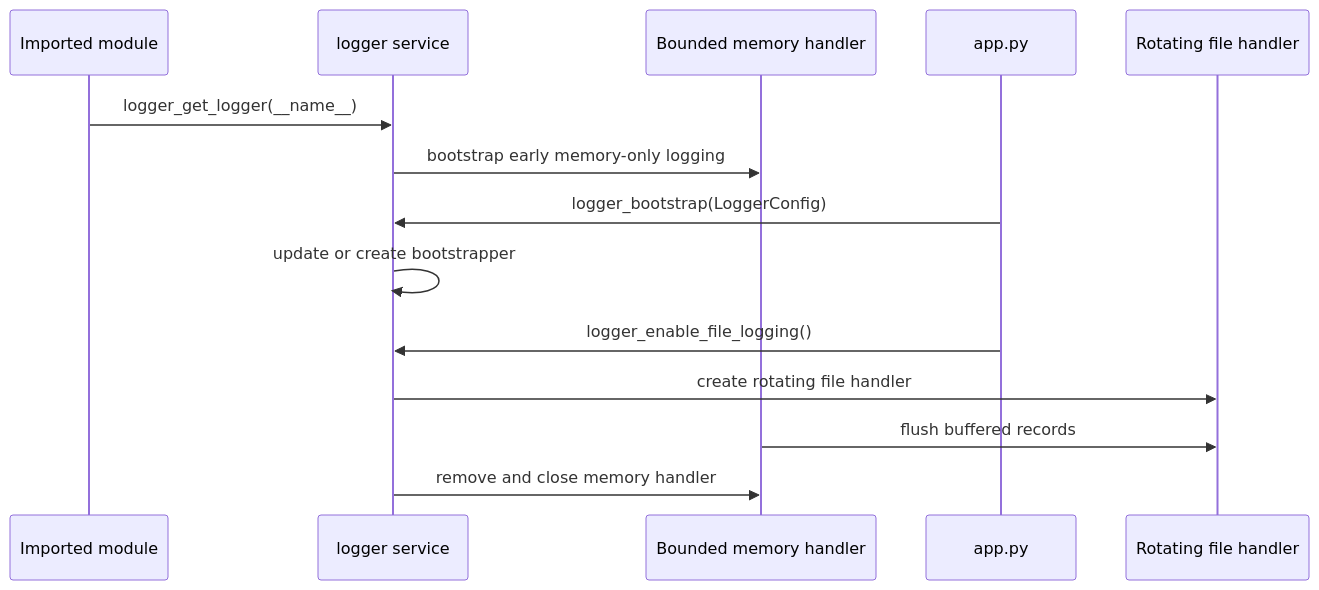
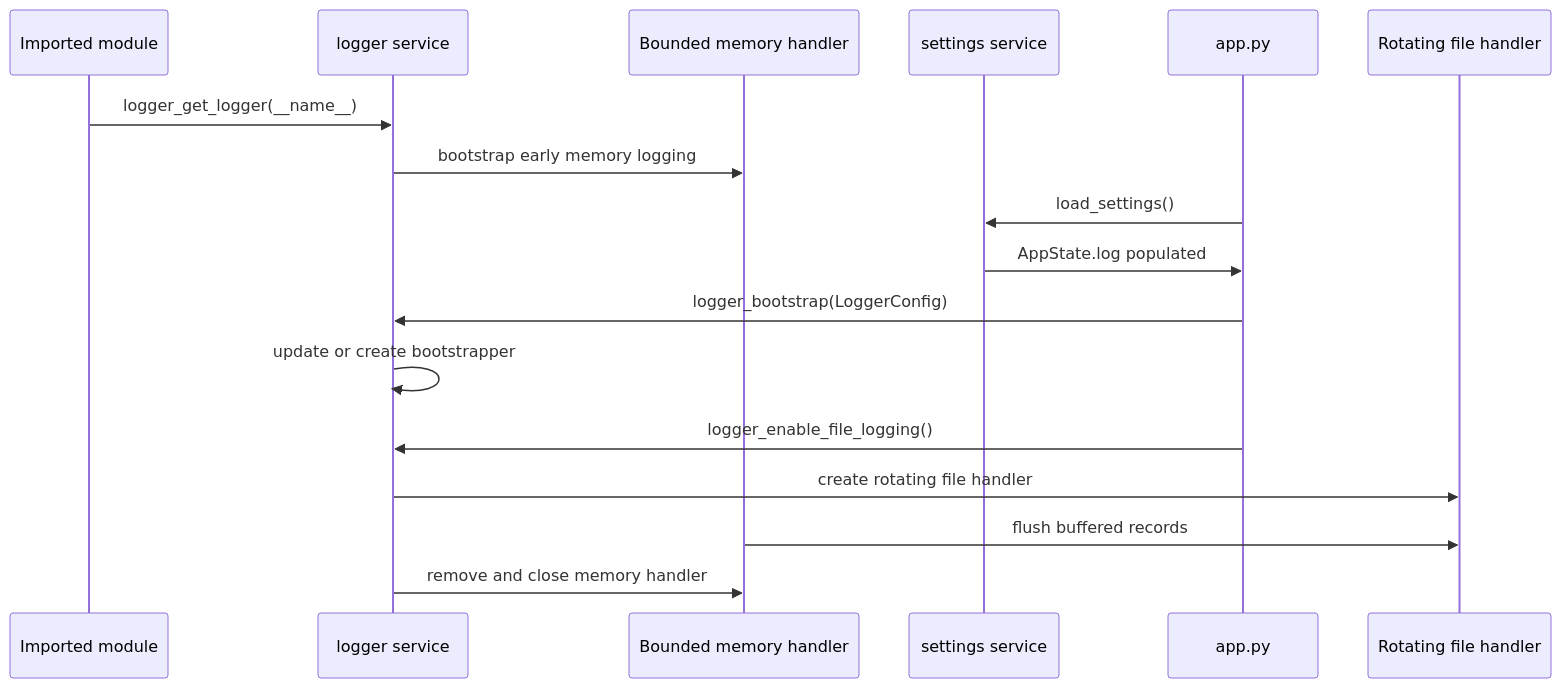
Before and after one commit to Fonze81/NiceGui-Windows-Base: the second of 2 diagrams in docs/logging.md, drawn with Mermaid. The commit also changed other lines of this file and 15 other files, not shown here.

````diff
--- a/docs/logging.md
+++ b/docs/logging.md
@@ -94,17 +97,20 @@
 ```mermaid
 sequenceDiagram
     participant Module as Imported module
     participant Service as logger service
     participant Memory as Bounded memory handler
+    participant Settings as settings service
     participant App as app.py
     participant File as Rotating file handler
 
     Module->>Service: logger_get_logger(__name__)
-    Service->>Memory: bootstrap early memory-only logging
+    Service->>Memory: bootstrap early memory logging
+    App->>Settings: load_settings()
+    Settings->>App: AppState.log populated
     App->>Service: logger_bootstrap(LoggerConfig)
     Service->>Service: update or create bootstrapper
     App->>Service: logger_enable_file_logging()
     Service->>File: create rotating file handler
     Memory->>File: flush buffered records
     Service->>Memory: remove and close memory handler
 ```
````
